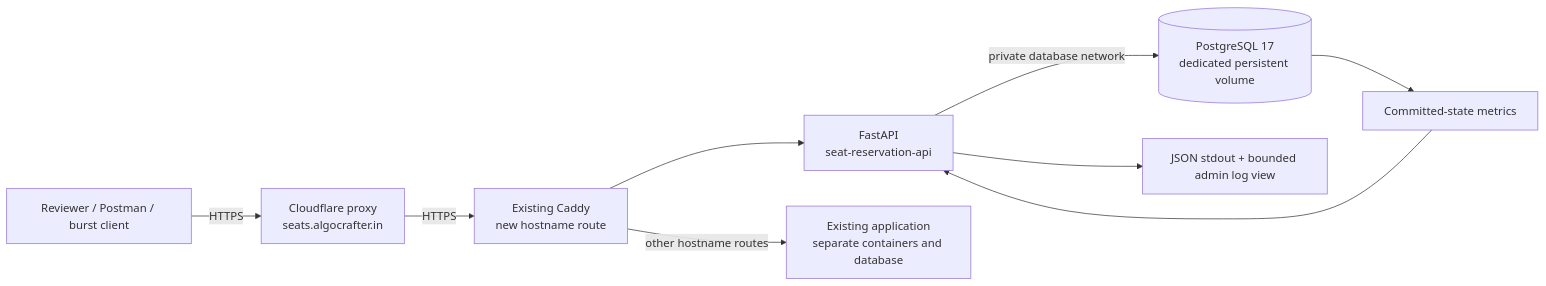
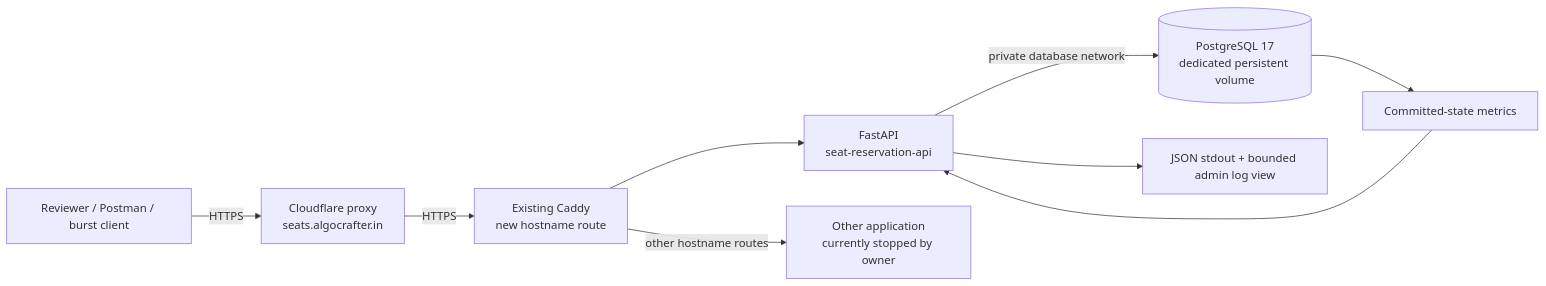
One commit to hariomdubey03/seat-reservation-at-scale changed the first of 3 diagrams in docs/ARCHITECTURE.md. Above: the diagram before and after it, drawn with Mermaid. The commit also changed 10 other files, not shown here.

Commit message:
fix: tune proxy keepalive and add multiplexed public burst runner

````diff
--- a/docs/ARCHITECTURE.md
+++ b/docs/ARCHITECTURE.md
@@ -5,11 +5,11 @@
 ```mermaid
 flowchart LR
-    Client[Reviewer / Postman / burst client] -->|HTTPS| Edge[Cloudflare proxy\nseats.algocrafter.in]
-    Edge -->|HTTPS| Caddy[Existing Caddy\nnew hostname route]
-    Caddy --> API[FastAPI\nseat-reservation-api]
-    API -->|private database network| PG[(PostgreSQL 17\ndedicated persistent volume)]
+    Client[Reviewer / Postman / burst client] -->|HTTPS| Edge[Cloudflare proxy<br/>seats.algocrafter.in]
+    Edge -->|HTTPS| Caddy[Existing Caddy<br/>new hostname route]
+    Caddy --> API[FastAPI<br/>seat-reservation-api]
+    API -->|private database network| PG[(PostgreSQL 17<br/>dedicated persistent volume)]
     API --> Logs[JSON stdout + bounded admin log view]
     PG --> Metrics[Committed-state metrics]
     Metrics --> API
-    Caddy -->|other hostname routes| Existing[Existing application\nseparate containers and database]
+    Caddy -->|other hostname routes| Existing[Other application<br/>currently stopped by owner]
 ```
````
